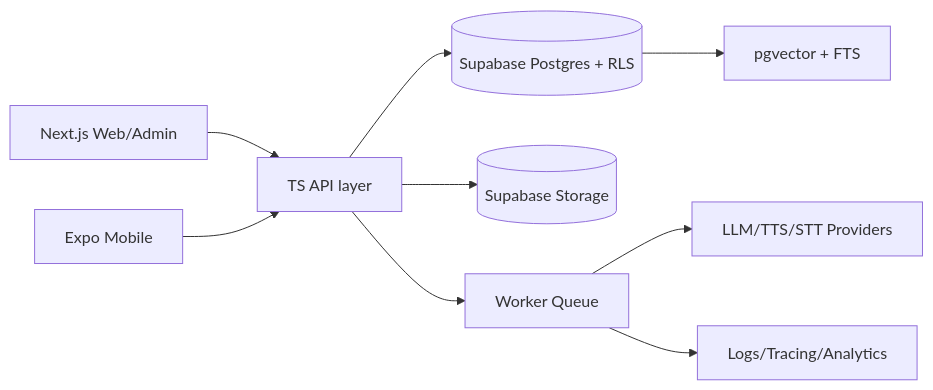
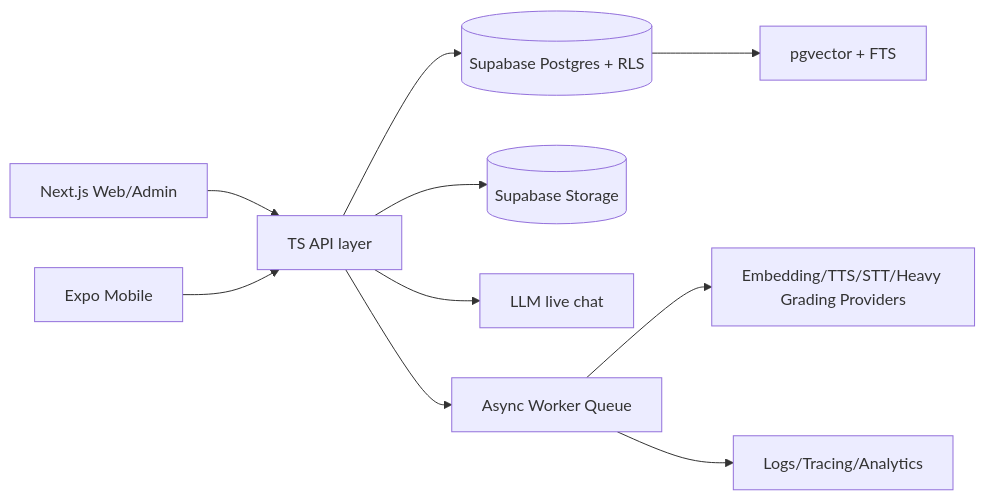
Before and after one commit to JasonTM17/Ideogram_LearningApp: the diagram in plans/reports/260729-platform-architecture-research.md, drawn with Mermaid. The commit also changed other lines of this file and 1 other file, not shown here.

Commit message:
docs(architecture): reconcile streaming and sync contracts

````diff
--- a/plans/reports/260729-platform-architecture-research.md
+++ b/plans/reports/260729-platform-architecture-research.md
@@ -50,11 +50,12 @@
 ```mermaid
 flowchart LR
   W[Next.js Web/Admin] --> API[TS API layer]
   M[Expo Mobile] --> API
   API --> DB[(Supabase Postgres + RLS)]
   API --> ST[(Supabase Storage)]
-  API --> Q[Worker Queue]
-  Q --> AI[LLM/TTS/STT Providers]
+  API --> AI[LLM live chat]
+  API --> Q[Async Worker Queue]
+  Q --> AI2[Embedding/TTS/STT/Heavy Grading Providers]
   Q --> OBS[Logs/Tracing/Analytics]
   DB --> V[pgvector + FTS]
 ```
````
